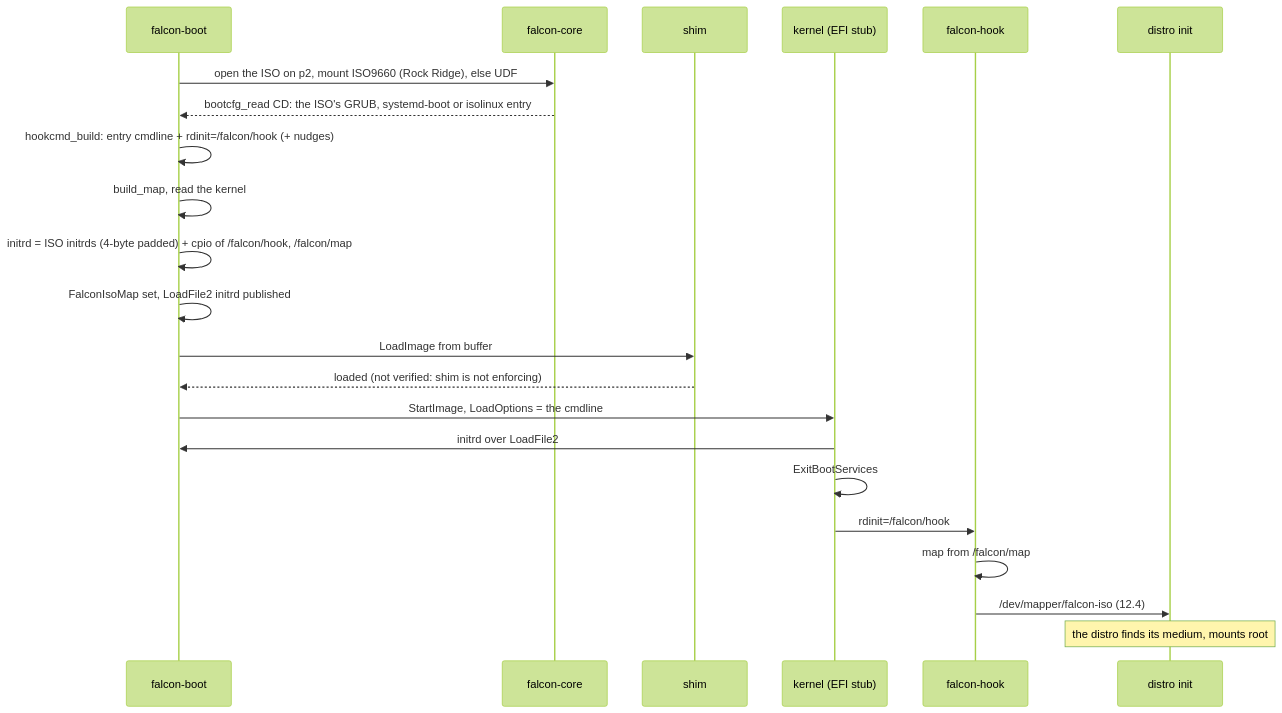
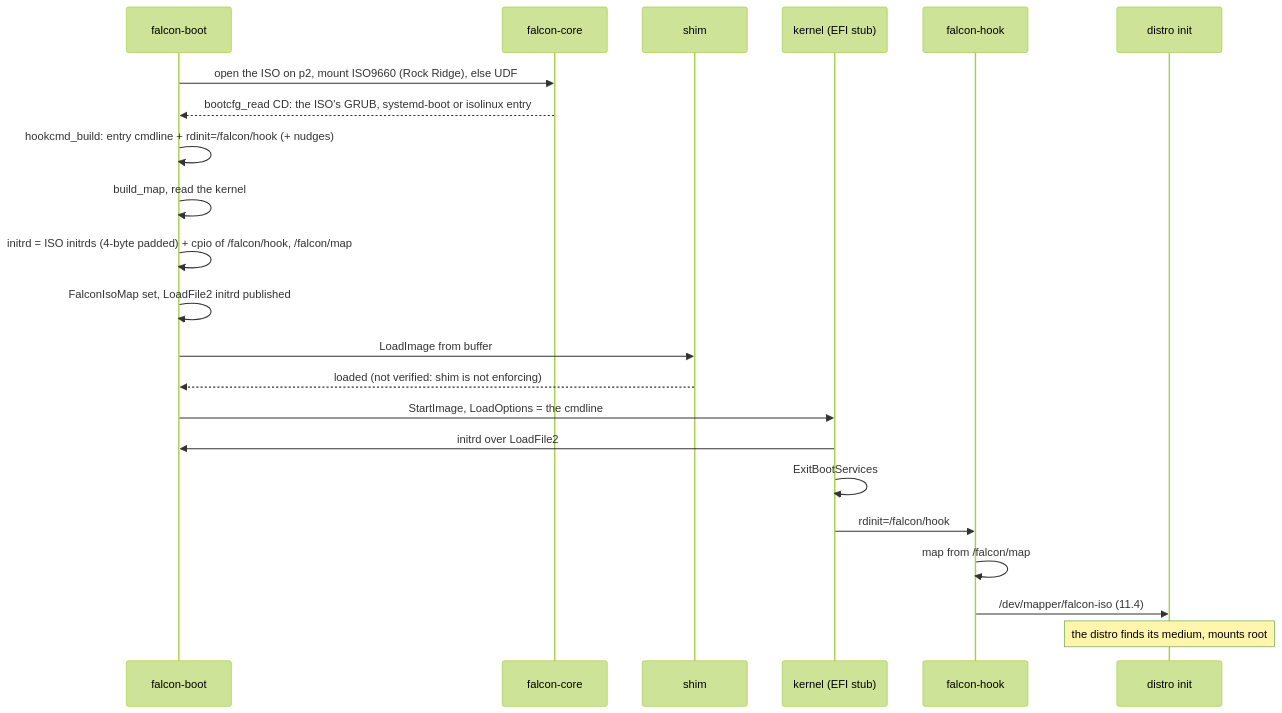
The seventh of 24 diagrams in docs/DESIGN.md (vifair22/falcon-boot), drawn with Mermaid (forest theme) before and after one commit. The commit also changed other lines of this file and 157 other files, not shown here.

````diff
--- a/docs/DESIGN.md
+++ b/docs/DESIGN.md
@@ -3522,24 +2466,24 @@
 ```mermaid
 sequenceDiagram
     participant L as falcon-boot
     participant FC as falcon-core
     participant S as shim
     participant K as kernel (EFI stub)
     participant H as falcon-hook
     participant D as distro init
     L->>FC: open the ISO on p2, mount ISO9660 (Rock Ridge), else UDF
     FC-->>L: bootcfg_read CD: the ISO's GRUB, systemd-boot or isolinux entry
     L->>L: hookcmd_build: entry cmdline + rdinit=/falcon/hook (+ nudges)
     L->>L: build_map, read the kernel
     L->>L: initrd = ISO initrds (4-byte padded) + cpio of /falcon/hook, /falcon/map
     L->>L: FalconIsoMap set, LoadFile2 initrd published
     L->>S: LoadImage from buffer
     S-->>L: loaded (not verified: shim is not enforcing)
     L->>K: StartImage, LoadOptions = the cmdline
     K->>L: initrd over LoadFile2
     K->>K: ExitBootServices
     K->>H: rdinit=/falcon/hook
     H->>H: map from /falcon/map
-    H->>D: /dev/mapper/falcon-iso (12.4)
+    H->>D: /dev/mapper/falcon-iso (11.4)
     Note over D: the distro finds its medium, mounts root
 ```
````
